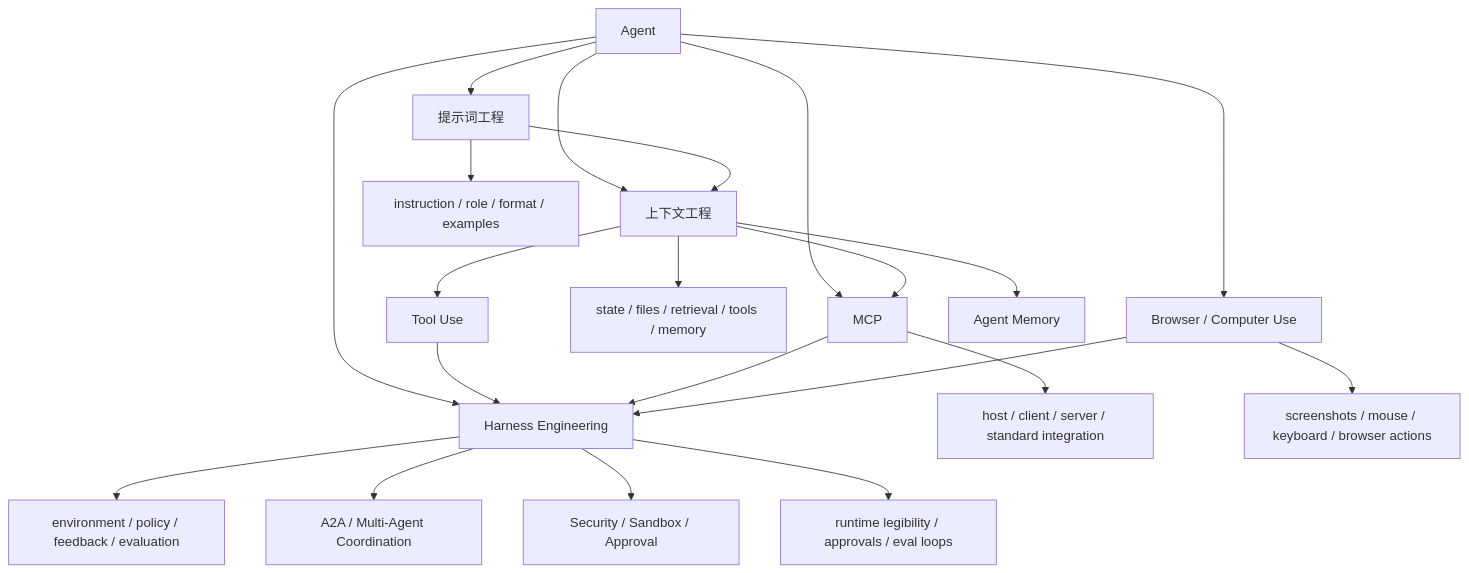
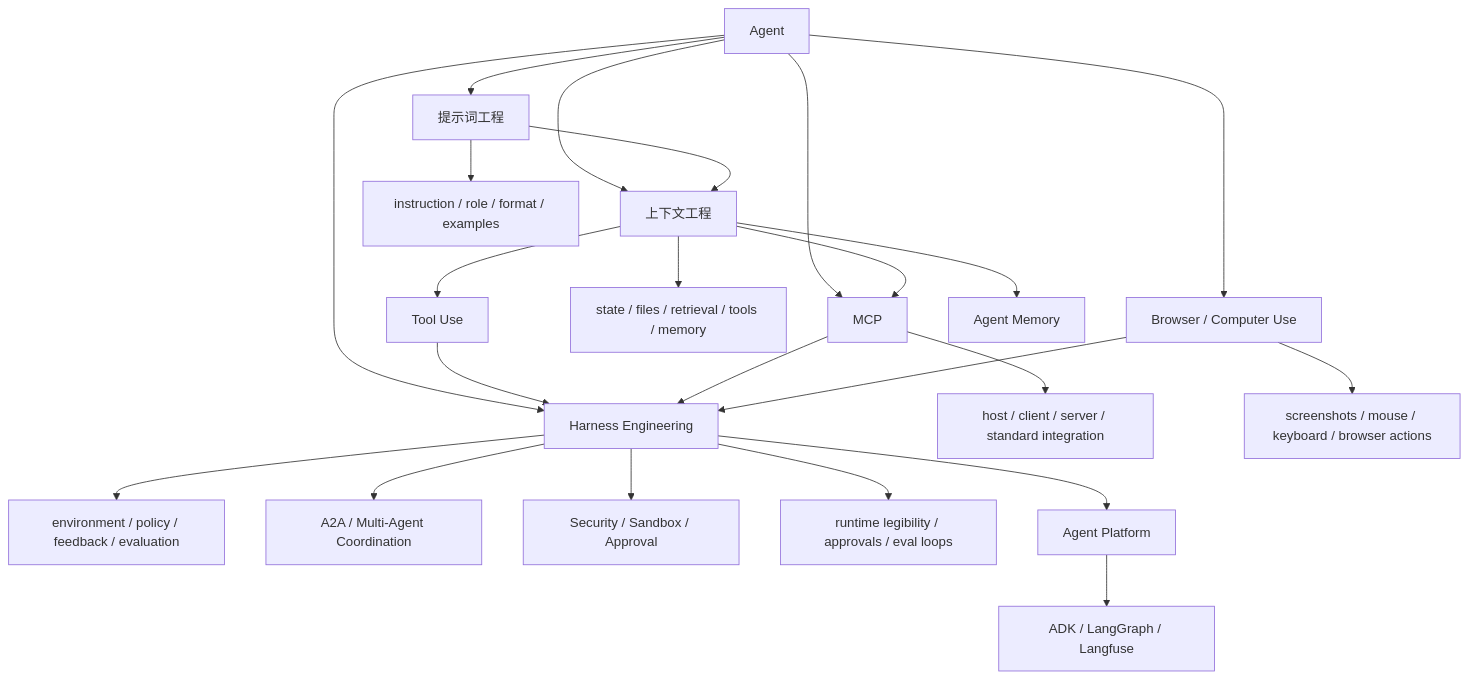
Before and after one commit to superliyang/tony-2026: the diagram in 01-Areas/AI-Learning/07-Maps/Agent Prompt-Context-Harness Map.md, drawn with Mermaid. The commit also changed other lines of this file and 21 other files, not shown here.

Commit message:
Add agent platform architecture slice

````diff
--- a/01-Areas/AI-Learning/07-Maps/Agent Prompt-Context-Harness Map.md
+++ b/01-Areas/AI-Learning/07-Maps/Agent Prompt-Context-Harness Map.md
@@ -15,25 +15,27 @@
 ```mermaid
 flowchart TD
   A["Agent"] --> P["提示词工程"]
   A --> C["上下文工程"]
   A --> M["MCP"]
   A --> B["Browser / Computer Use"]
   A --> H["Harness Engineering"]
 
   P --> P1["instruction / role / format / examples"]
   C --> C1["state / files / retrieval / tools / memory"]
   M --> M1["host / client / server / standard integration"]
   B --> B1["screenshots / mouse / keyboard / browser actions"]
   H --> H1["environment / policy / feedback / evaluation"]
 
   P --> C
   C --> M
   C --> T["Tool Use"]
   C --> AM["Agent Memory"]
   T --> H
   M --> H
   B --> H
   H --> A2A["A2A / Multi-Agent Coordination"]
   H --> S["Security / Sandbox / Approval"]
   H --> E["runtime legibility / approvals / eval loops"]
+  H --> AP["Agent Platform"]
+  AP --> APS["ADK / LangGraph / Langfuse"]
 ```
````
